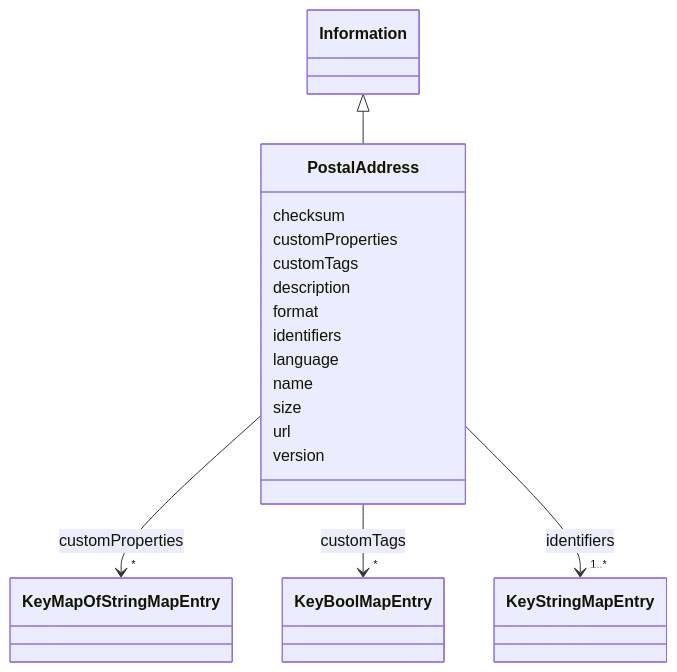
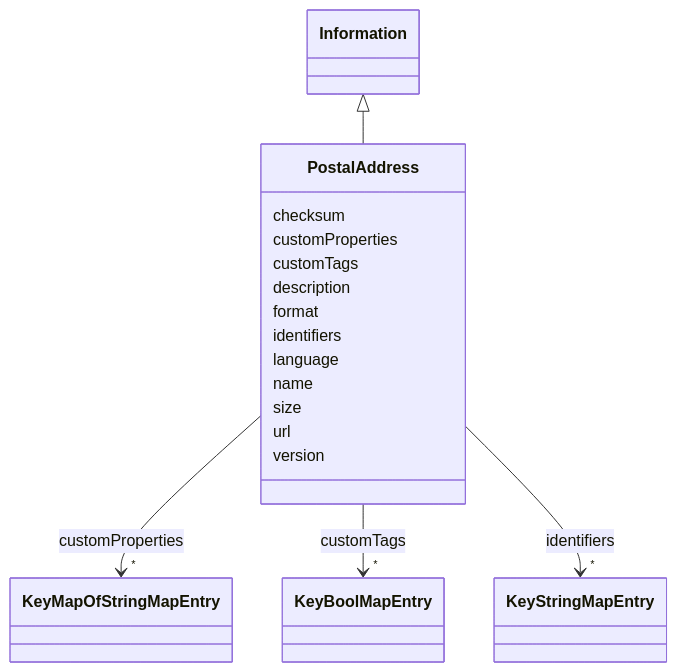
One commit to takashikasuya/smartbuiding_ontology changed the diagram in docs/PostalAddress.md. Above: the diagram before and after it, drawn with Mermaid. The commit also changed other lines of this file and 89 other files, not shown here.

````diff
--- a/docs/PostalAddress.md
+++ b/docs/PostalAddress.md
@@ -18,58 +18,58 @@
 ```mermaid
  classDiagram
     class PostalAddress
     click PostalAddress href "../PostalAddress/"
       Information <|-- PostalAddress
         click Information href "../Information/"
       
       PostalAddress : checksum
         
       PostalAddress : customProperties
         
           
     
         
         
         PostalAddress --> "*" KeyMapOfStringMapEntry : customProperties
         click KeyMapOfStringMapEntry href "../KeyMapOfStringMapEntry/"
     
 
         
       PostalAddress : customTags
         
           
     
         
         
         PostalAddress --> "*" KeyBoolMapEntry : customTags
         click KeyBoolMapEntry href "../KeyBoolMapEntry/"
     
 
         
       PostalAddress : description
         
       PostalAddress : format
         
       PostalAddress : identifiers
         
           
     
         
         
-        PostalAddress --> "1..*" KeyStringMapEntry : identifiers
+        PostalAddress --> "*" KeyStringMapEntry : identifiers
         click KeyStringMapEntry href "../KeyStringMapEntry/"
     
 
         
       PostalAddress : language
         
       PostalAddress : name
         
       PostalAddress : size
         
       PostalAddress : url
         
       PostalAddress : version
         
       
 ```
````
